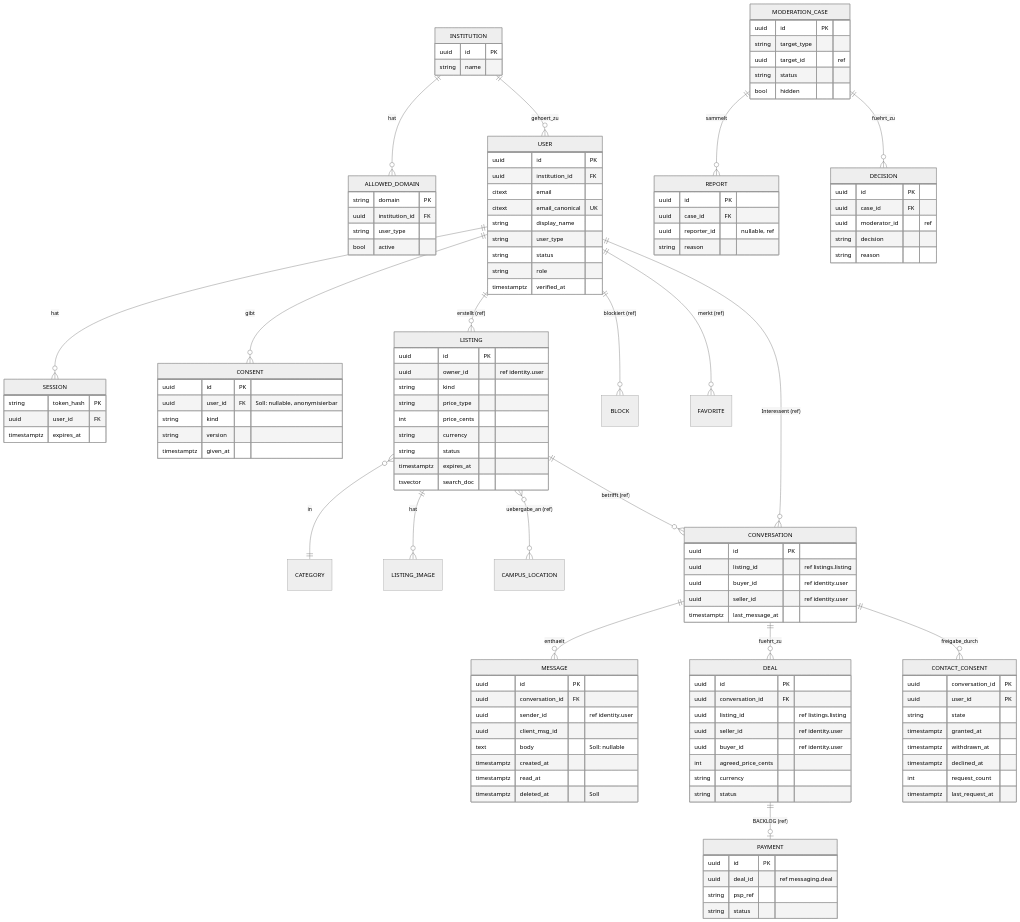
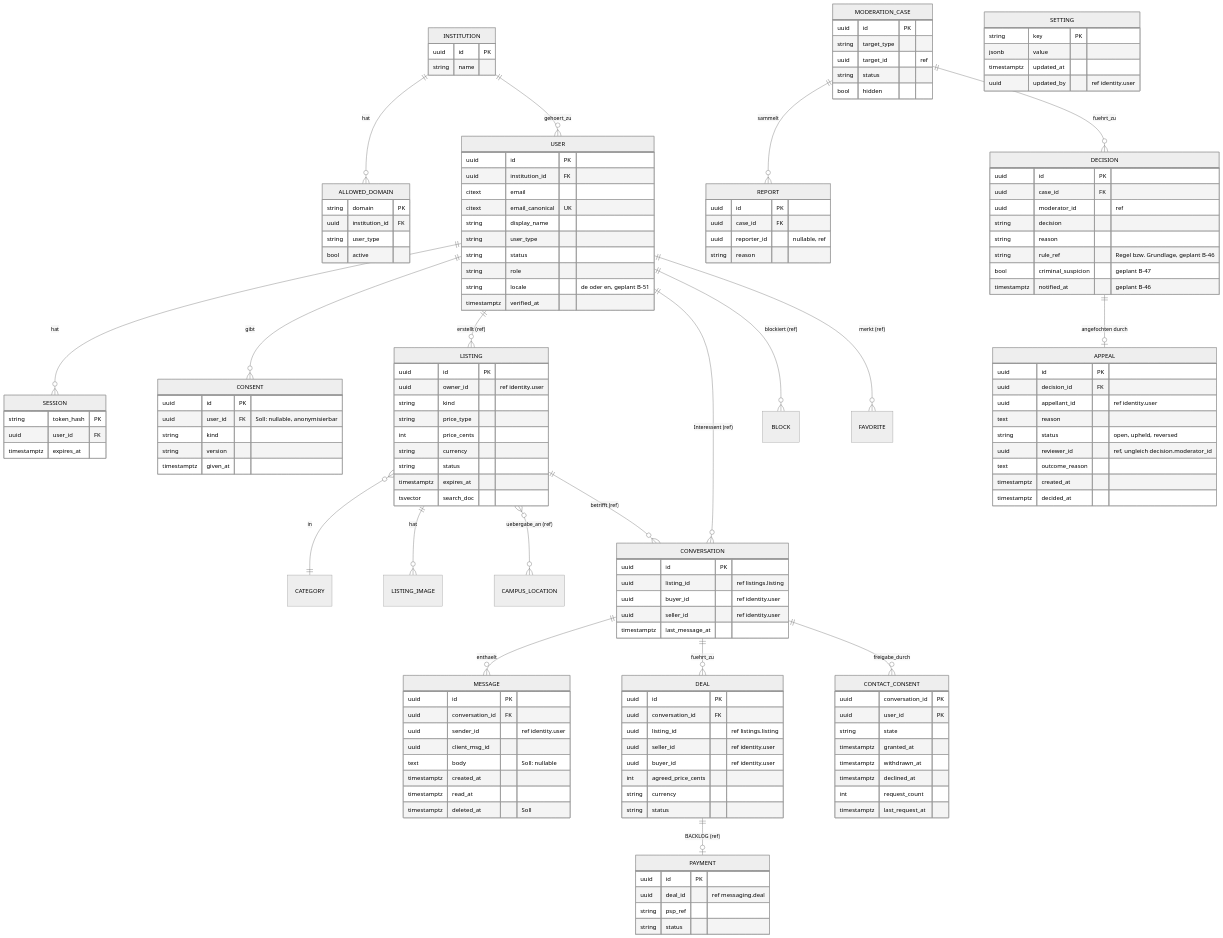
Before and after one commit to CaRo10Robert/SWeng_projekt2026: the seventh of 17 diagrams in docs/03-architektur/architektur.md, drawn with Mermaid (neutral theme). The commit also changed other lines of this file and 5 other files, not shown here.

````diff
--- a/docs/03-architektur/architektur.md
+++ b/docs/03-architektur/architektur.md
@@ -402,6 +450,13 @@
     DEAL ||--o| PAYMENT : "BACKLOG (ref)"
     MODERATION_CASE ||--o{ REPORT : sammelt
     MODERATION_CASE ||--o{ DECISION : fuehrt_zu
+    DECISION ||--o| APPEAL : "angefochten durch"
+    SETTING {
+        string key PK
+        jsonb value
+        timestamptz updated_at
+        uuid updated_by "ref identity.user"
+    }
     USER ||--o{ BLOCK : "blockiert (ref)"
     USER ||--o{ FAVORITE : "merkt (ref)"
 
@@ -424,6 +479,7 @@
         string user_type
         string status
         string role
+        string locale "de oder en, geplant B-51"
         timestamptz verified_at
     }
     SESSION {
@@ -511,5 +567,19 @@
         uuid moderator_id "ref"
         string decision
         string reason
+        string rule_ref "Regel bzw. Grundlage, geplant B-46"
+        bool criminal_suspicion "geplant B-47"
+        timestamptz notified_at "geplant B-46"
+    }
+    APPEAL {
+        uuid id PK
+        uuid decision_id FK
+        uuid appellant_id "ref identity.user"
+        text reason
+        string status "open, upheld, reversed"
+        uuid reviewer_id "ref, ungleich decision.moderator_id"
+        text outcome_reason
+        timestamptz created_at
+        timestamptz decided_at
     }
 ```
````
